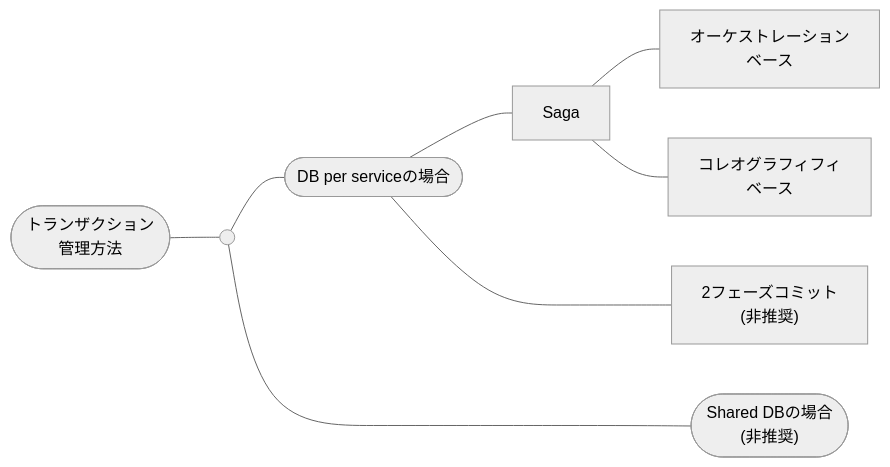
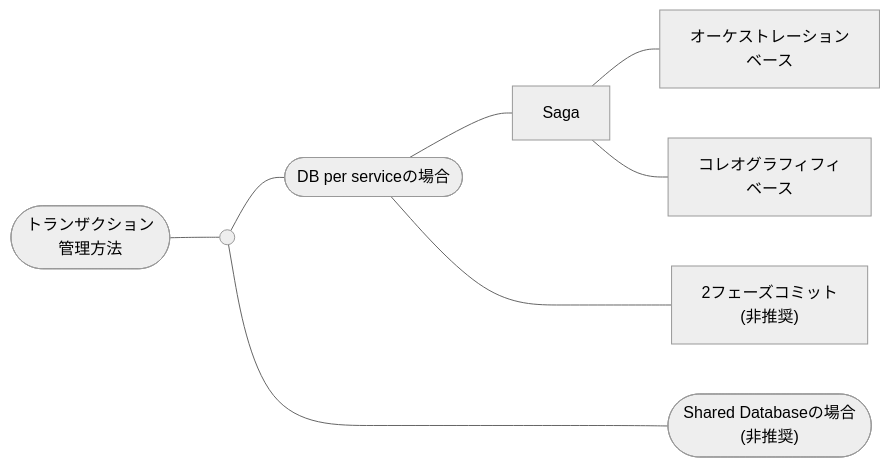
Before and after one commit to hiroki-it/tech-notebook: diagram 12 of 16 in docs/software/software_application_architecture_microservices_cloudnative_application.md, drawn with Mermaid (neutral theme). The commit also changed other lines of this file and 4 other files, not shown here.

````diff
--- a/docs/software/software_application_architecture_microservices_cloudnative_application.md
+++ b/docs/software/software_application_architecture_microservices_cloudnative_application.md
@@ -1090,12 +1090,12 @@
 ```mermaid
 flowchart LR
 
   トランザクション管理方法([トランザクション<br>管理方法]) --- トランザクション管理方法の基点(( ))
   トランザクション管理方法の基点 --- DB-per-serviceの場合([DB per serviceの場合])
   DB-per-serviceの場合 --- Saga
-  トランザクション管理方法の基点 ----- Shared-DBの場合(["Shared DBの場合<br>(非推奨)"])
+  トランザクション管理方法の基点 ----- Shared-DBの場合(["Shared Databaseの場合<br>(非推奨)"])
   Saga --- オーケストレーションベース[オーケストレーション<br>ベース]
   Saga --- コレオグラフィフィベース[コレオグラフィフィ<br>ベース]
   DB-per-serviceの場合 ---- 2フェーズコミット["2フェーズコミット<br>(非推奨)"]
 
 ```
````
